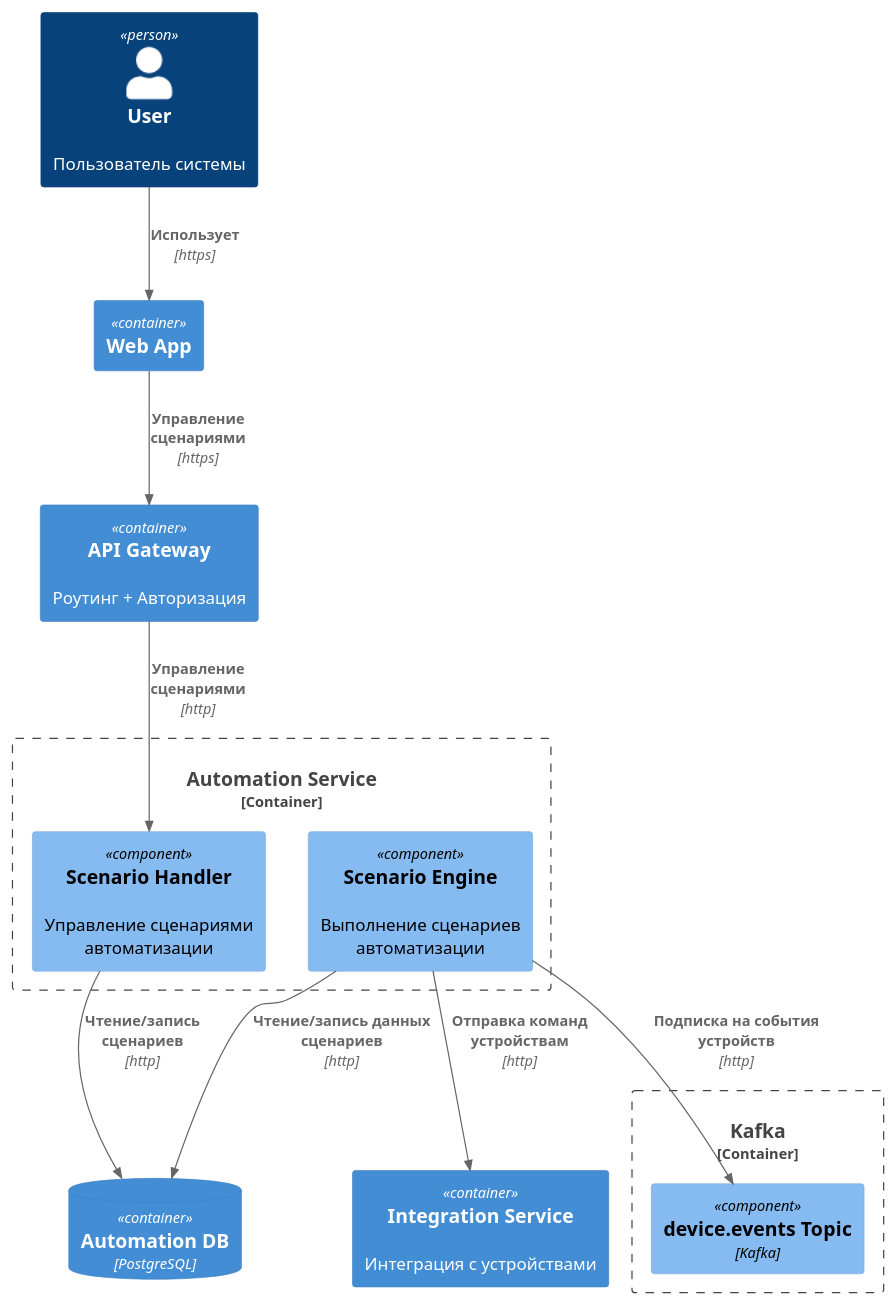
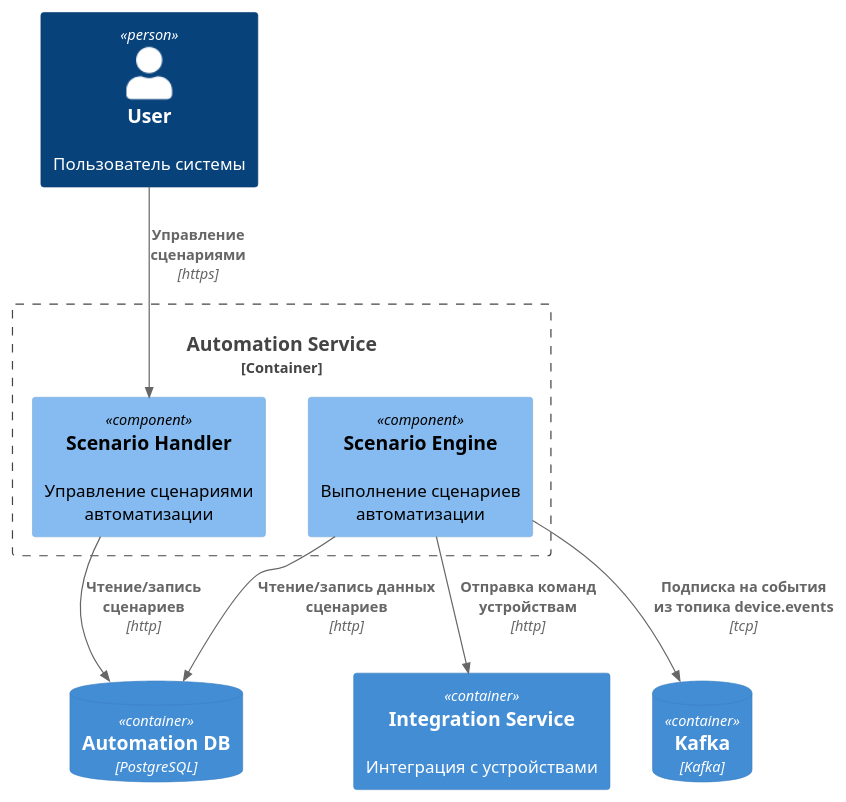
The fourth of 6 diagrams in docs/2be_component.puml (dengaleev/practicum-warmhouse), drawn with PlantUML before and after one commit. The commit also changed other lines of this file, not shown here.

```diff
--- a/docs/2be_component.puml
+++ b/docs/2be_component.puml
@@ -96,29 +106,22 @@
 @startuml C4_Component_ToBeSystem_AutomationService
 
 !include https://raw.githubusercontent.com/plantuml-stdlib/C4-PlantUML/master/C4_Component.puml
 
 Person(user, "User", "Пользователь системы")
-Container(web_app, "Web App", "", "")
-Container(api_gateway, "API Gateway", "", "Роутинг + Авторизация")
 Container(integration_service, "Integration Service", "", "Интеграция с устройствами")
 ContainerDb(automation_db, "Automation DB", "PostgreSQL", "")
+ContainerDb(kafka_device_events, "Kafka", "Kafka", "")
 
 Container_Boundary(automation_service, "Automation Service") {
     Component(scenario_handler, "Scenario Handler", "", "Управление сценариями автоматизации")
     Component(scenario_engine, "Scenario Engine", "", "Выполнение сценариев автоматизации")
 }
 
-Rel(user, web_app, "Использует", "https")
-Rel(web_app, api_gateway, "Управление сценариями", "https")
-Rel(api_gateway, scenario_handler, "Управление сценариями", "http")
-
-Container_Boundary(Kafka, "Kafka") {
-    Component(kafka_device_events, "device.events Topic", "Kafka", "")
-}
+Rel(user, scenario_handler, "Управление сценариями", "https")
 
 Rel(scenario_handler, automation_db, "Чтение/запись сценариев" , "http")
 Rel(scenario_engine, automation_db, "Чтение/запись данных сценариев", "http")
-Rel(scenario_engine, kafka_device_events, "Подписка на события устройств", "http")
 Rel(scenario_engine, integration_service, "Отправка команд устройствам", "http")
+Rel(scenario_engine, kafka_device_events, "Подписка на события из топика device.events", "tcp")
 
 @enduml
```
